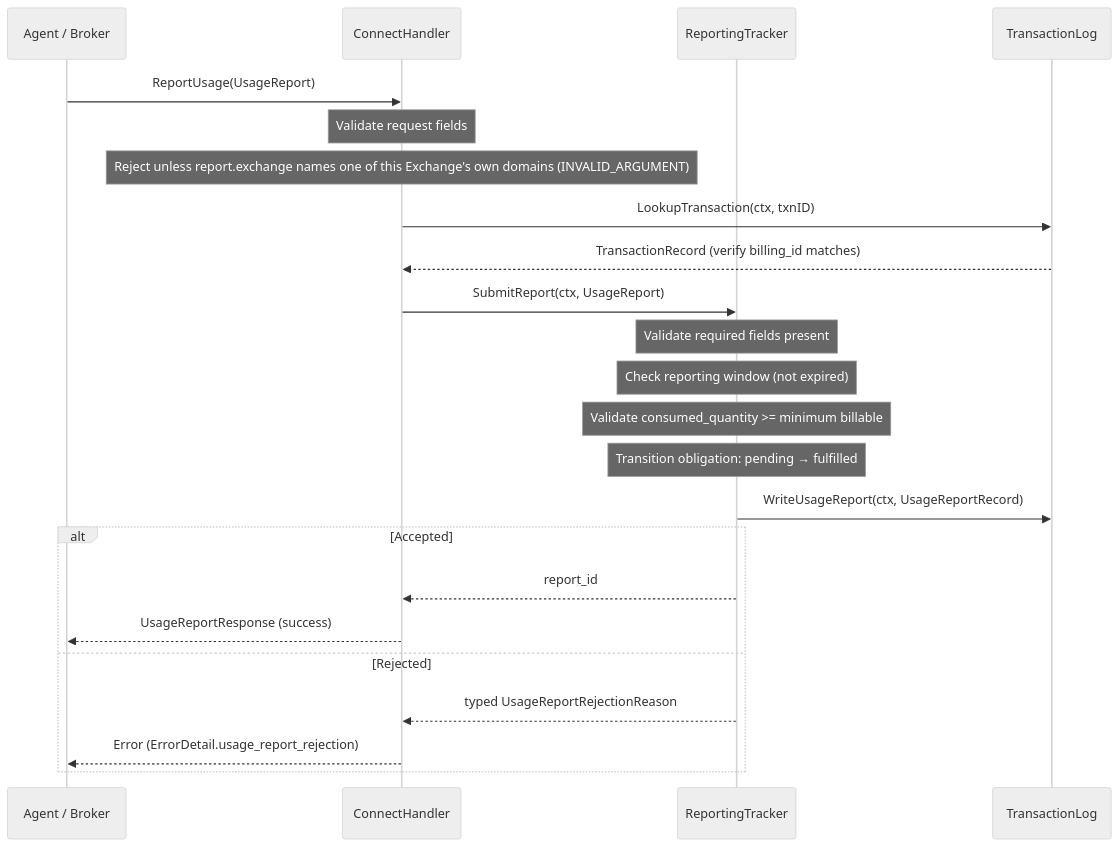
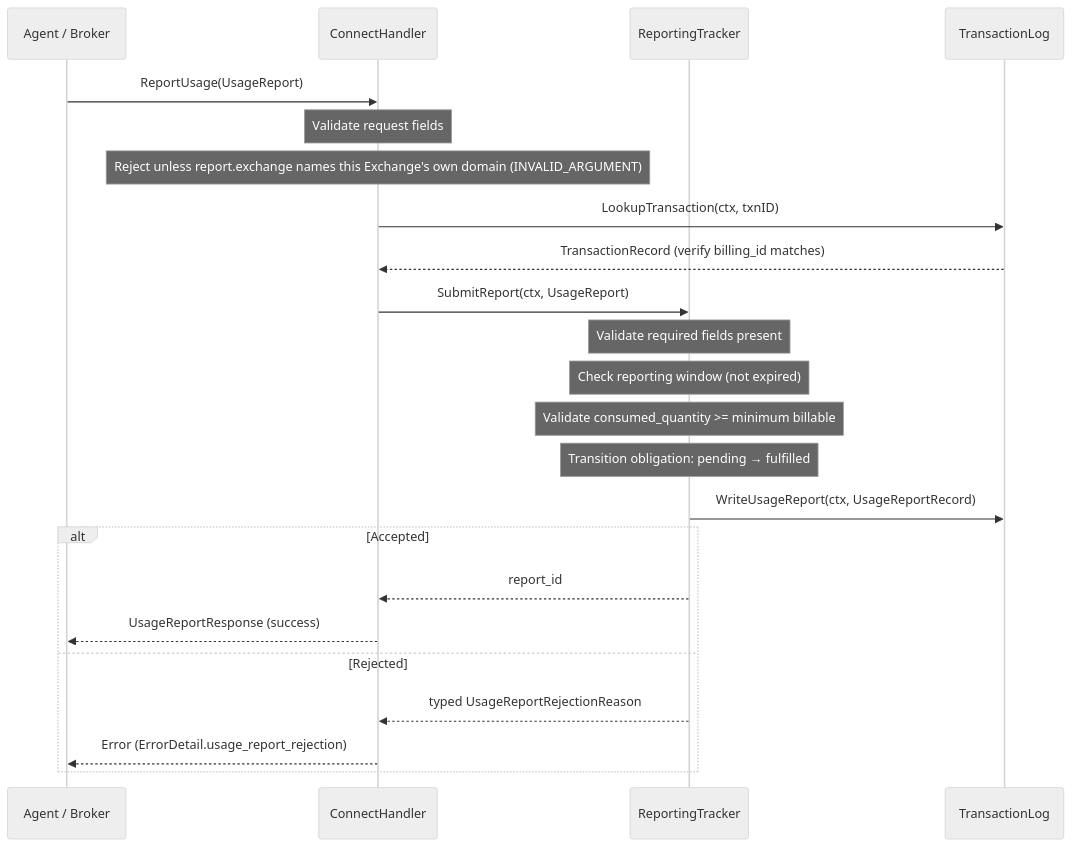
Before and after one commit to RAMP-Protocol/protocol: the third of 5 diagrams in website/src/content/docs/components/exchange/request-flows.mdx, drawn with Mermaid (neutral theme). The commit also changed other lines of this file and 7 other files, not shown here.

````diff
--- a/website/src/content/docs/components/exchange/request-flows.mdx
+++ b/website/src/content/docs/components/exchange/request-flows.mdx
@@ -696,32 +696,32 @@
 ```mermaid
 sequenceDiagram
     participant Agent as Agent / Broker
     participant Handler as ConnectHandler
     participant RT as ReportingTracker
     participant TxLog as TransactionLog
 
     Agent->>Handler: ReportUsage(UsageReport)
 
     Note over Handler: Validate request fields
-    Note over Handler: Reject unless report.exchange names one of this Exchange's own domains (INVALID_ARGUMENT)
+    Note over Handler: Reject unless report.exchange names this Exchange's own domain (INVALID_ARGUMENT)
 
     Handler->>TxLog: LookupTransaction(ctx, txnID)
     TxLog-->>Handler: TransactionRecord (verify billing_id matches)
 
     Handler->>RT: SubmitReport(ctx, UsageReport)
 
     Note over RT: Validate required fields present
     Note over RT: Check reporting window (not expired)
     Note over RT: Validate consumed_quantity >= minimum billable
     Note over RT: Transition obligation: pending → fulfilled
 
     RT->>TxLog: WriteUsageReport(ctx, UsageReportRecord)
 
     alt Accepted
         RT-->>Handler: report_id
         Handler-->>Agent: UsageReportResponse (success)
     else Rejected
         RT-->>Handler: typed UsageReportRejectionReason
         Handler-->>Agent: Error (ErrorDetail.usage_report_rejection)
     end
 ```
````
